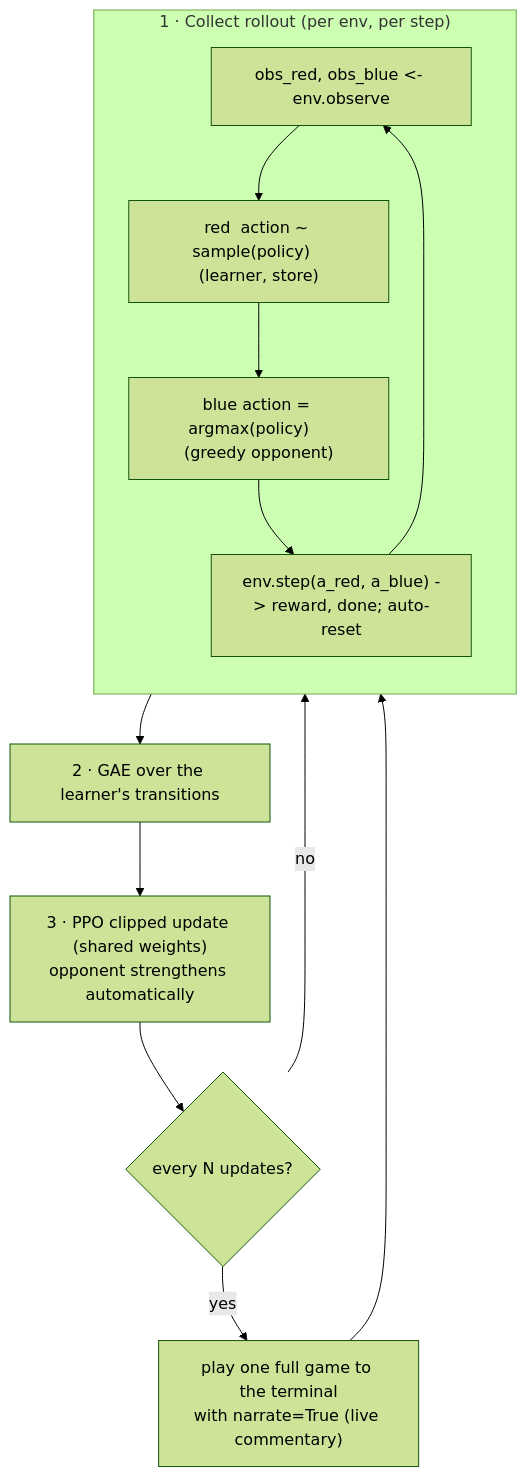
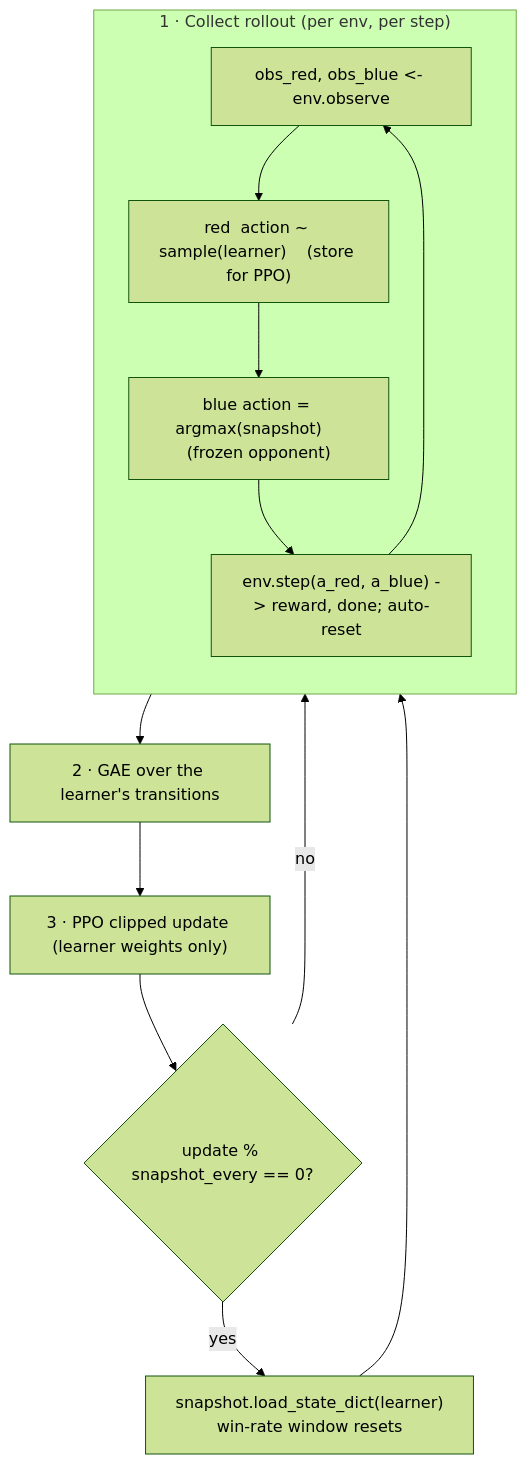
Before and after one commit to rfgordan/alphakazam: the third of 4 diagrams in agents/DESIGN.md, drawn with Mermaid (forest theme). The commit also changed other lines of this file and 2 other files, not shown here.

First line of the commit message:
agents: frozen-snapshot self-play

````diff
--- a/agents/DESIGN.md
+++ b/agents/DESIGN.md
@@ -81,17 +85,17 @@
 ```mermaid
 flowchart TD
     subgraph COLLECT["1 · Collect rollout (per env, per step)"]
         direction TB
         O["obs_red, obs_blue <- env.observe"]
-        SR["red  action ~ sample(policy)   (learner, store)"]
-        SB["blue action = argmax(policy)    (greedy opponent)"]
+        SR["red  action ~ sample(learner)    (store for PPO)"]
+        SB["blue action = argmax(snapshot)    (frozen opponent)"]
         ST["env.step(a_red, a_blue) -> reward, done; auto-reset"]
         O --> SR --> SB --> ST --> O
     end
     COLLECT --> GAE["2 · GAE over the learner's transitions"]
-    GAE --> UPD["3 · PPO clipped update (shared weights)\nopponent strengthens automatically"]
-    UPD --> WATCH{"every N updates?"}
-    WATCH -- yes --> PLAY["play one full game to the terminal\nwith narrate=True (live commentary)"]
-    WATCH -- no --> COLLECT
-    PLAY --> COLLECT
+    GAE --> UPD["3 · PPO clipped update (learner weights only)"]
+    UPD --> REF{"update % snapshot_every == 0?"}
+    REF -- yes --> COPY["snapshot.load_state_dict(learner)\nwin-rate window resets"]
+    REF -- no --> COLLECT
+    COPY --> COLLECT
 ```
````
